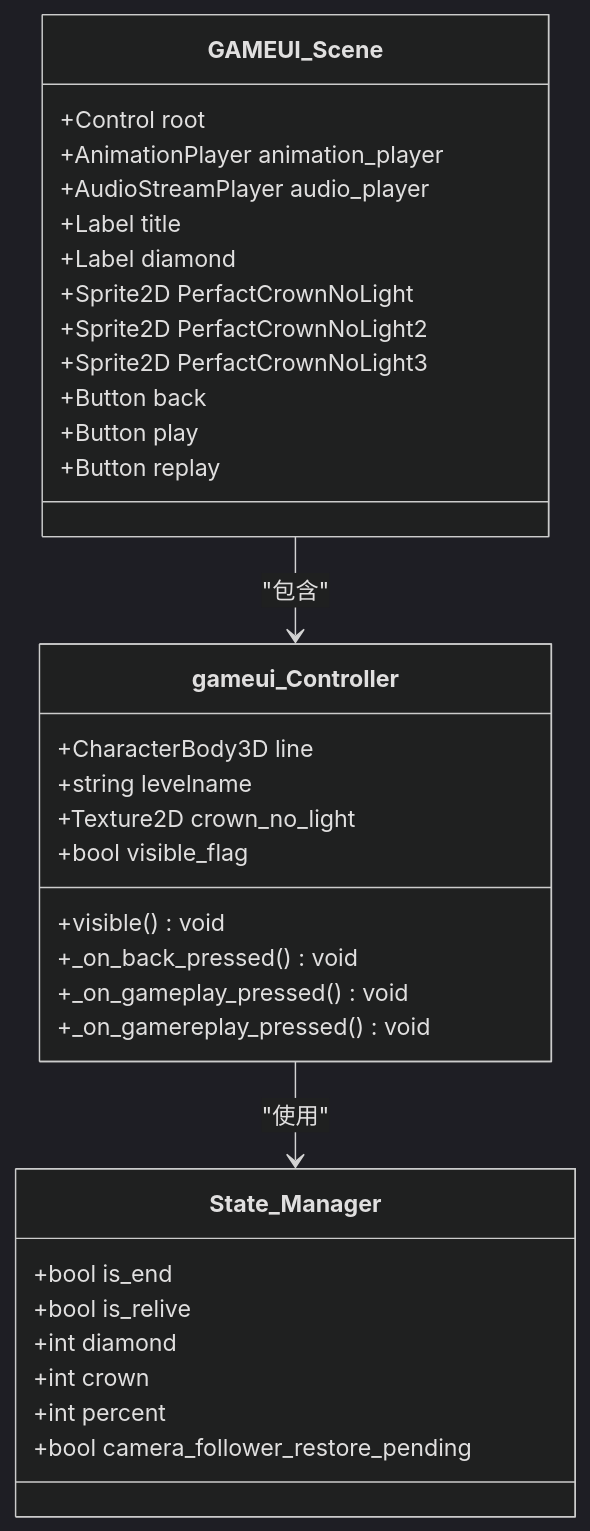
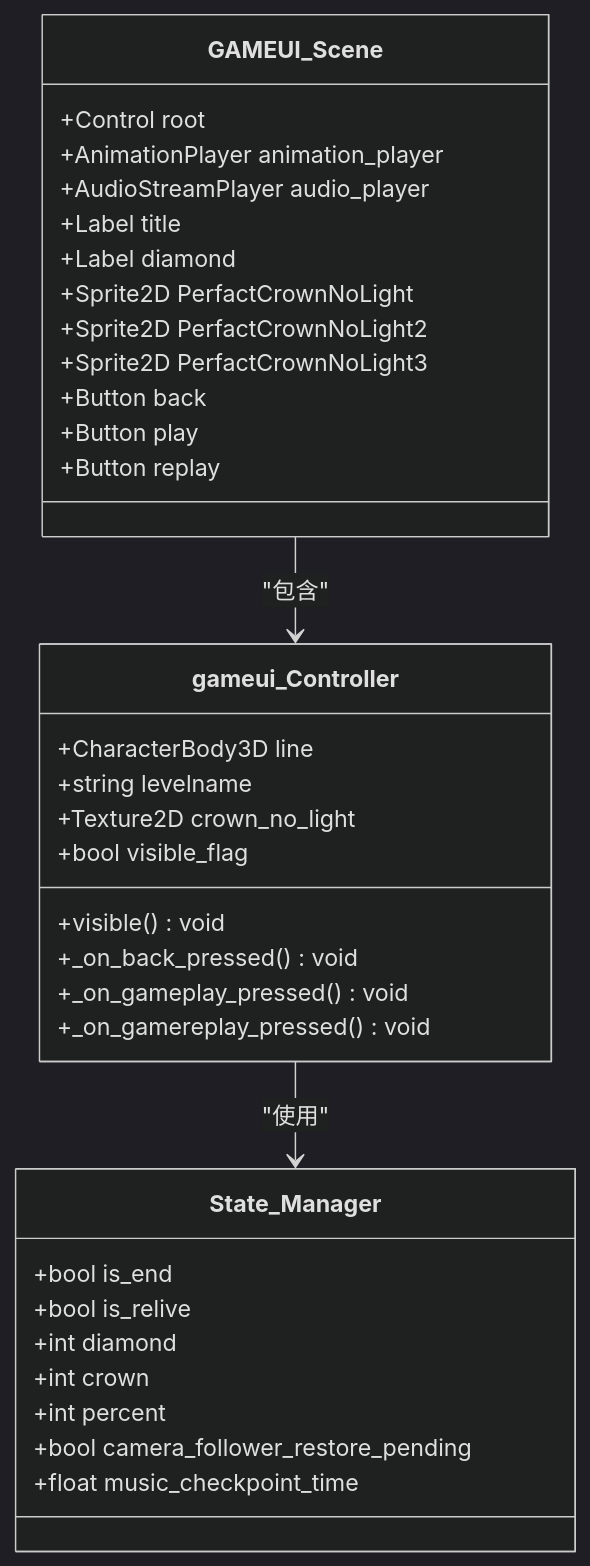
Before and after one commit to godotline/godot-line: the third of 8 diagrams in .qoder/repowiki/zh/content/API参考/UI系统API.md, drawn with Mermaid (dark theme). The commit also changed other lines of this file and 7 other files, not shown here.

````diff
--- a/.qoder/repowiki/zh/content/API参考/UI系统API.md
+++ b/.qoder/repowiki/zh/content/API参考/UI系统API.md
@@ -162,36 +177,37 @@
 ```mermaid
 classDiagram
 class GAMEUI_Scene {
 +Control root
 +AnimationPlayer animation_player
 +AudioStreamPlayer audio_player
 +Label title
 +Label diamond
 +Sprite2D PerfactCrownNoLight
 +Sprite2D PerfactCrownNoLight2
 +Sprite2D PerfactCrownNoLight3
 +Button back
 +Button play
 +Button replay
 }
 class gameui_Controller {
 +CharacterBody3D line
 +string levelname
 +Texture2D crown_no_light
 +bool visible_flag
 +visible() void
 +_on_back_pressed() void
 +_on_gameplay_pressed() void
 +_on_gamereplay_pressed() void
 }
 class State_Manager {
 +bool is_end
 +bool is_relive
 +int diamond
 +int crown
 +int percent
 +bool camera_follower_restore_pending
++float music_checkpoint_time
 }
 GAMEUI_Scene --> gameui_Controller : "包含"
 gameui_Controller --> State_Manager : "使用"
 ```
````
